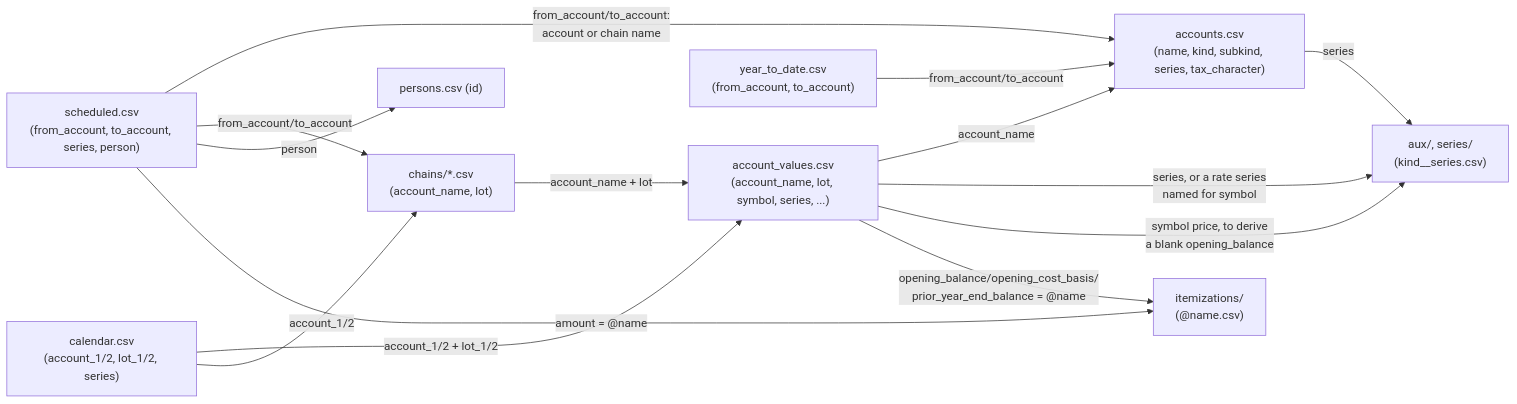
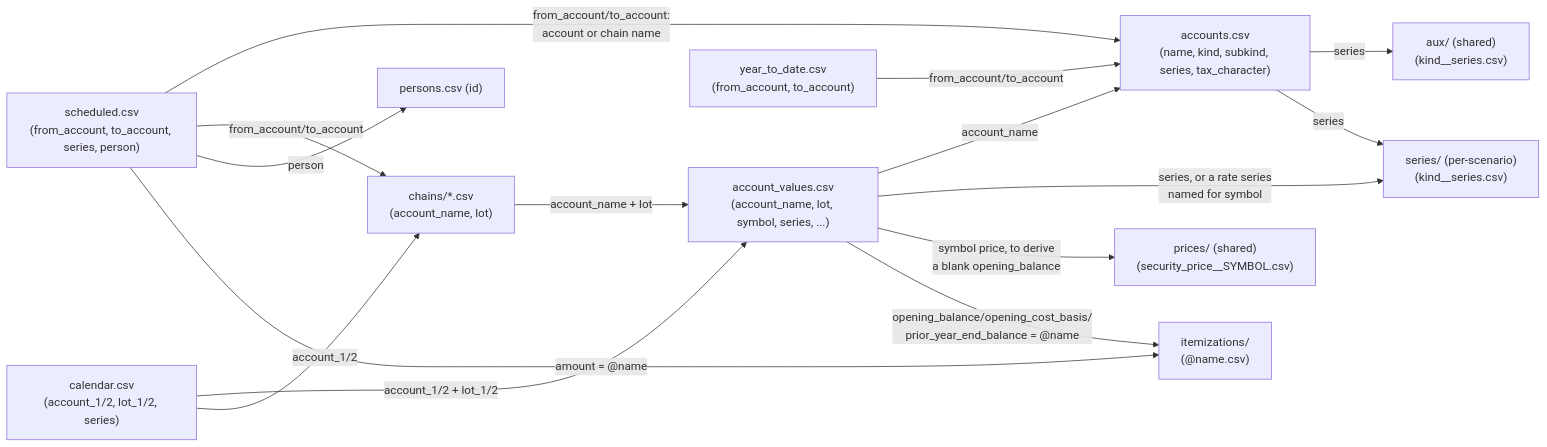
One commit to BobKerns/analysis changed the second of 2 diagrams in docs/architecture/ADR-003-registries-and-csv-schemas.md. Above: the diagram before and after it, drawn with Mermaid. The commit also changed other lines of this file and 21 other files, not shown here.

First line of the commit message:
Correct the aux/series split: prices/ is shared, series/ is per-scenario only

````diff
--- a/docs/architecture/ADR-003-registries-and-csv-schemas.md
+++ b/docs/architecture/ADR-003-registries-and-csv-schemas.md
@@ -348,38 +357,43 @@
 ```mermaid
 flowchart LR
     accounts["accounts.csv
 (name, kind, subkind, series, tax_character)"]
     values["account_values.csv
 (account_name, lot, symbol, series, ...)"]
     chains["chains/*.csv
 (account_name, lot)"]
     scheduled["scheduled.csv
 (from_account, to_account, series, person)"]
     calendar["calendar.csv
 (account_1/2, lot_1/2, series)"]
     ytd["year_to_date.csv
 (from_account, to_account)"]
     persons["persons.csv (id)"]
-    aux_series["aux/, series/
+    aux["aux/ (shared)
 (kind__series.csv)"]
+    series["series/ (per-scenario)
+(kind__series.csv)"]
+    prices["prices/ (shared)
+(security_price__SYMBOL.csv)"]
     itemizations["itemizations/
 (@name.csv)"]
 
     values -->|account_name| accounts
     chains -->|account_name + lot| values
     scheduled -->|from_account/to_account:
 account or chain name| accounts
     scheduled -->|from_account/to_account| chains
     scheduled -->|person| persons
     calendar -->|account_1/2 + lot_1/2| values
     calendar -->|account_1/2| chains
     ytd -->|from_account/to_account| accounts
-    accounts -->|series| aux_series
+    accounts -->|series| aux
+    accounts -->|series| series
     values -->|series, or a rate series
-named for symbol| aux_series
+named for symbol| series
     values -->|symbol price, to derive
-a blank opening_balance| aux_series
+a blank opening_balance| prices
     values -->|opening_balance/opening_cost_basis/
 prior_year_end_balance = @name| itemizations
     scheduled -->|amount = @name| itemizations
 ```
````
